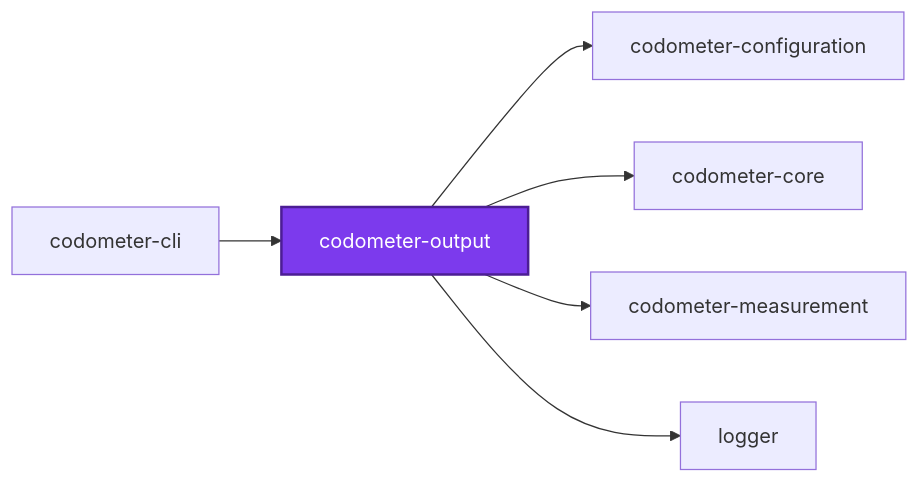
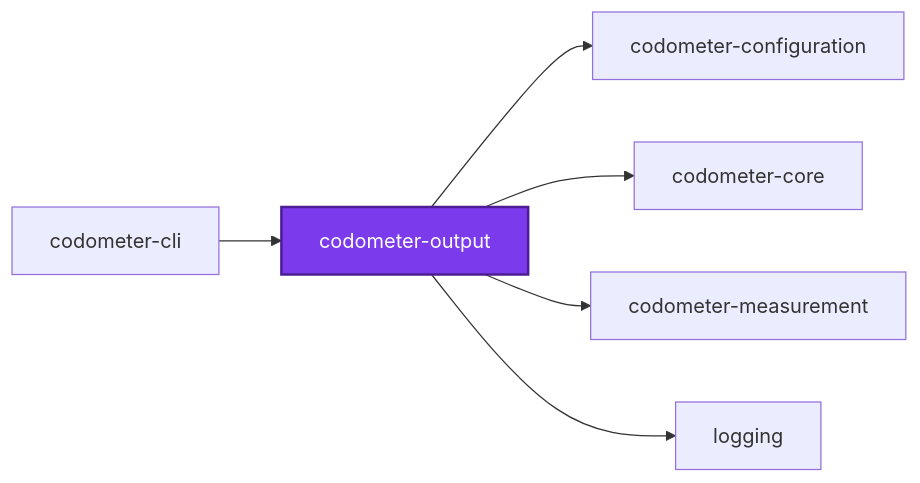
The first of 3 diagrams in packages/ic-suite/codometer/codometer-output/README.md (Organizzolini/codebase), drawn with Mermaid before and after one commit. The commit also changed 555 other files, not shown here.

````diff
--- a/packages/ic-suite/codometer/codometer-output/README.md
+++ b/packages/ic-suite/codometer/codometer-output/README.md
@@ -169,16 +169,16 @@
 ```mermaid
 graph LR
   codometer_cli["codometer-cli"]
   codometer_configuration["codometer-configuration"]
   codometer_core["codometer-core"]
   codometer_measurement["codometer-measurement"]
   codometer_output["codometer-output"]
-  logger["logger"]
+  logging["logging"]
   codometer_cli --> codometer_output
   codometer_output --> codometer_configuration
   codometer_output --> codometer_core
   codometer_output --> codometer_measurement
-  codometer_output --> logger
+  codometer_output --> logging
   classDef subject fill:#7c3aed,color:#fff,stroke:#4c1d95,stroke-width:2px
   class codometer_output subject
 ```
````
